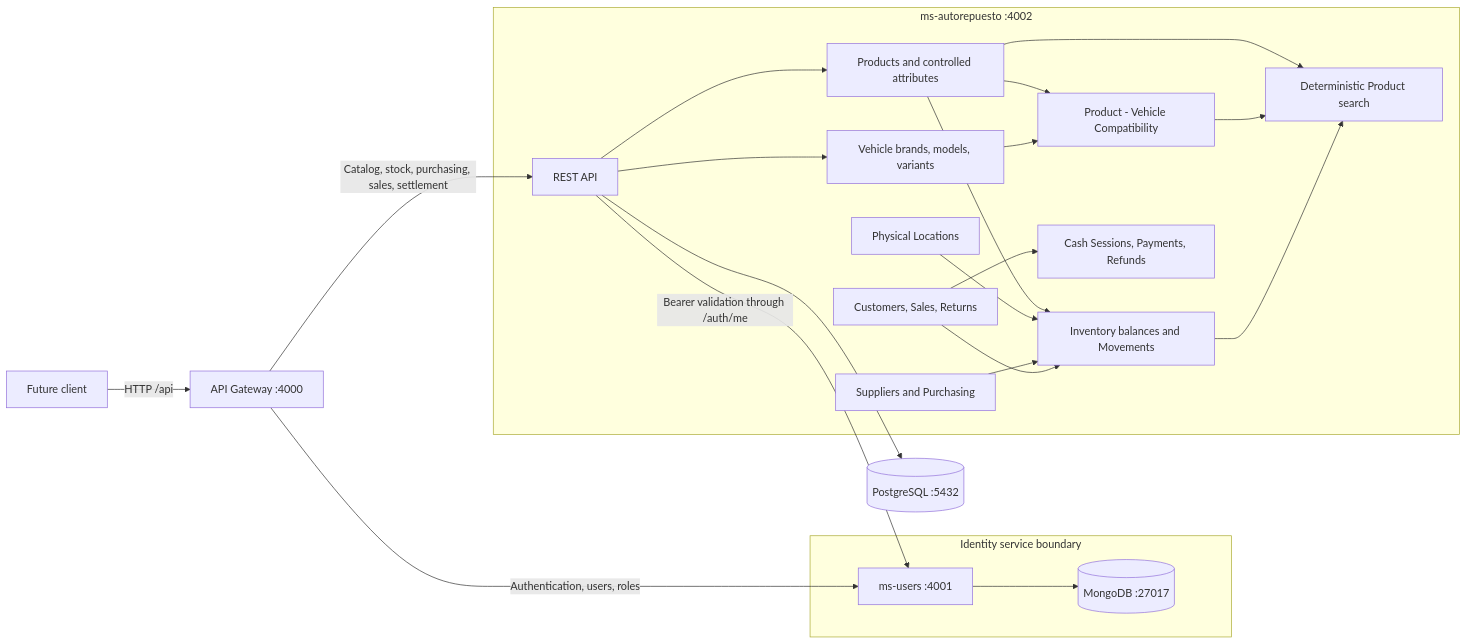
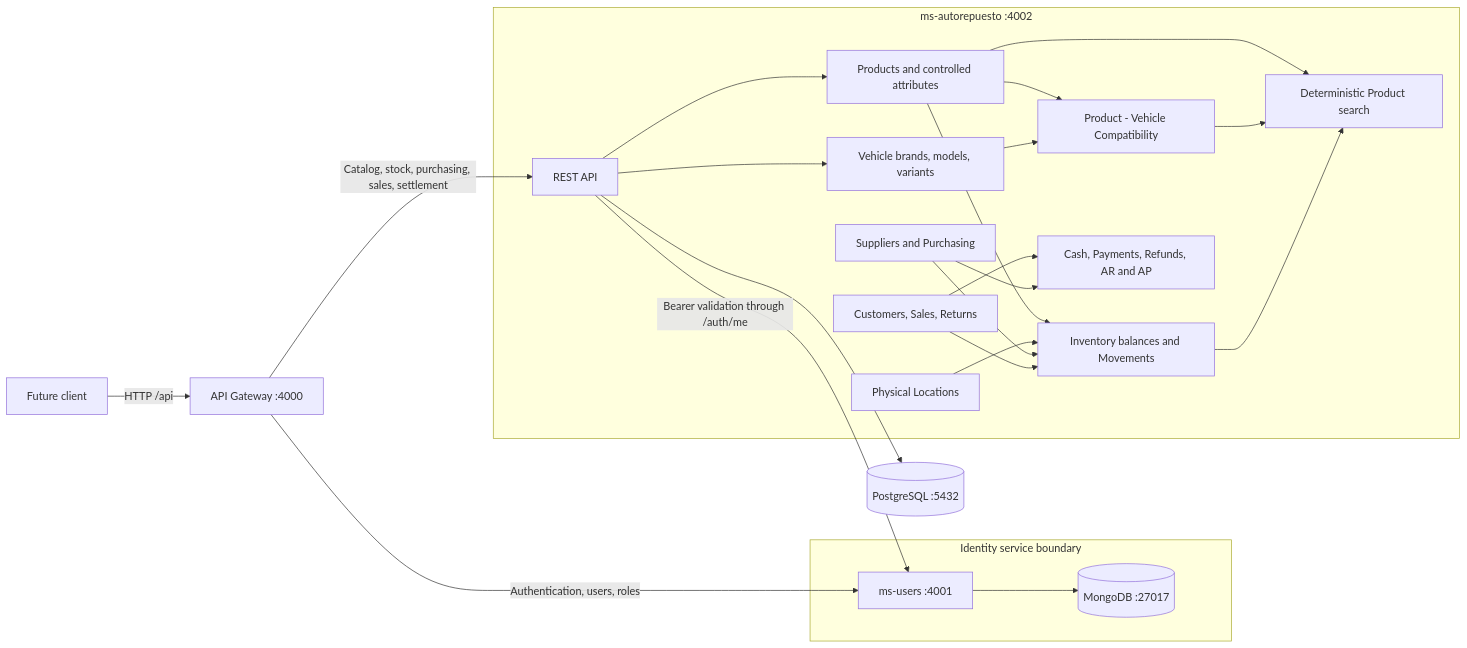
The diagram in docs/backend-mvp.md (DavidRivas10/Biela-ERP), drawn with Mermaid before and after one commit. The commit also changed other lines of this file and 40 other files, not shown here.

````diff
--- a/docs/backend-mvp.md
+++ b/docs/backend-mvp.md
@@ -9,40 +9,41 @@
 ```mermaid
 flowchart LR
     Client[Future client] -->|HTTP /api| Gateway[API Gateway :4000]
 
     Gateway -->|Authentication, users, roles| Users[ms-users :4001]
     Gateway -->|Catalog, stock, purchasing, sales, settlement| Auto
 
     subgraph Identity[Identity service boundary]
         Users --> Mongo[(MongoDB :27017)]
     end
 
     subgraph Automotive[ms-autorepuesto :4002]
         Auto[REST API]
         Catalog[Products and controlled attributes]
         Vehicles[Vehicle brands, models, variants]
         Fitment[Product - Vehicle Compatibility]
         Locations[Physical Locations]
         Inventory[Inventory balances and Movements]
         Search[Deterministic Product search]
         Purchasing[Suppliers and Purchasing]
         Sales[Customers, Sales, Returns]
-        Finance[Cash Sessions, Payments, Refunds]
+        Finance[Cash, Payments, Refunds, AR and AP]
 
         Auto --> Catalog
         Auto --> Vehicles
         Catalog --> Fitment
         Vehicles --> Fitment
         Catalog --> Inventory
         Locations --> Inventory
         Catalog --> Search
         Fitment --> Search
         Inventory --> Search
         Purchasing --> Inventory
         Sales --> Inventory
         Sales --> Finance
+        Purchasing --> Finance
     end
 
     Auto --> Postgres[(PostgreSQL :5432)]
     Auto -->|Bearer validation through /auth/me| Users
 ```
````
